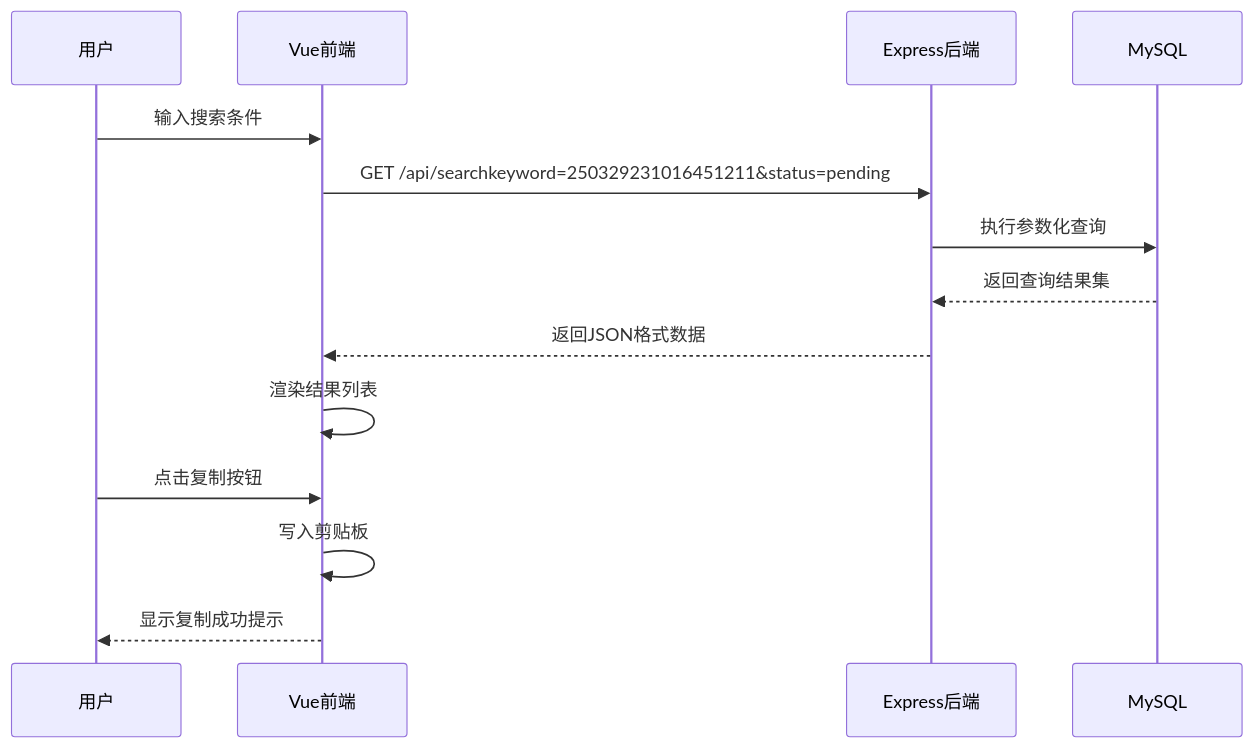
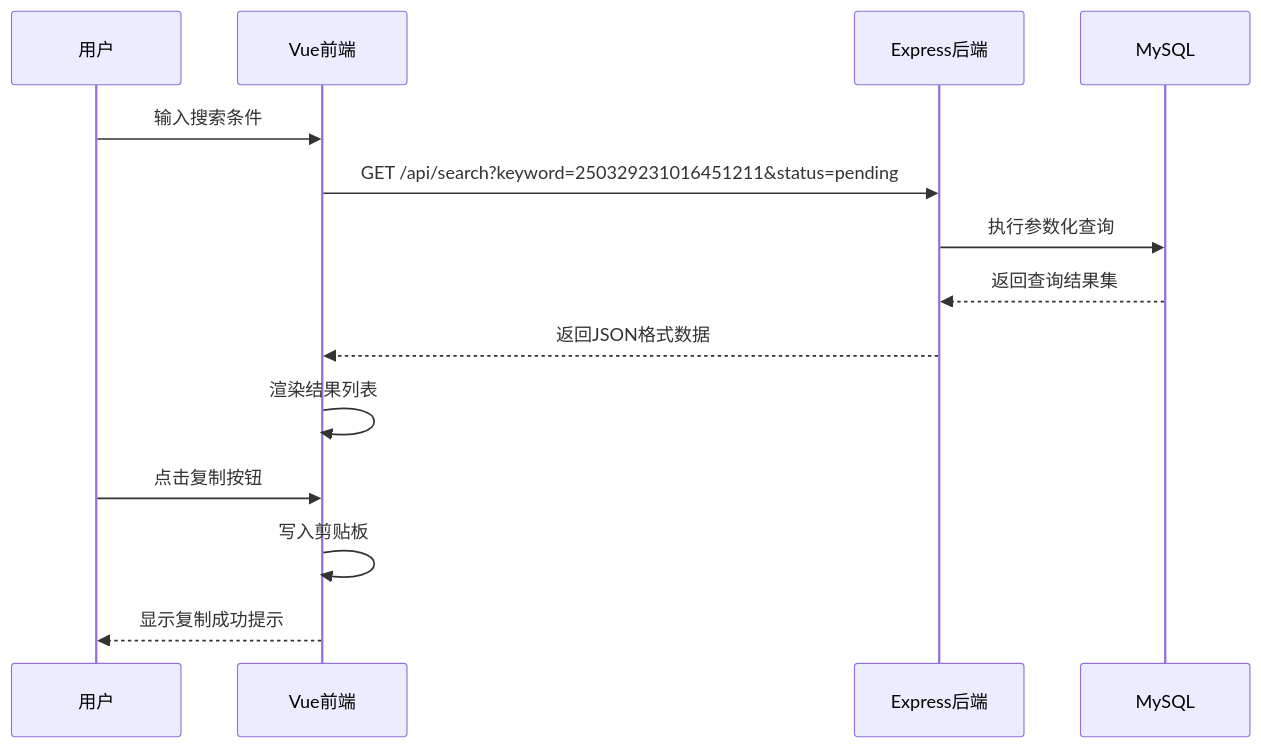
Before and after one commit to 1215587043/iodraw-files: the diagram in all/未命名-2.md, drawn with Mermaid.

Commit message:
2025-04-11 21:50:50 update

````diff
--- a/all/未命名-2.md
+++ b/all/未命名-2.md
@@ -1,17 +1,17 @@
 ```mermaid
 sequenceDiagram
     participant 用户 as 用户
     participant 前端 as Vue前端
     participant 后端 as Express后端
     participant 数据库 as MySQL
 
     用户->>前端: 输入搜索条件
-    前端->>后端: GET /api/searchkeyword=250329231016451211&status=pending
+    前端->>后端: GET /api/search?keyword=250329231016451211&status=pending
     后端->>数据库: 执行参数化查询
     数据库-->>后端: 返回查询结果集
     后端-->>前端: 返回JSON格式数据
     前端->>前端: 渲染结果列表
     用户->>前端: 点击复制按钮
     前端->>前端: 写入剪贴板
     前端-->>用户: 显示复制成功提示 
 ```
````
